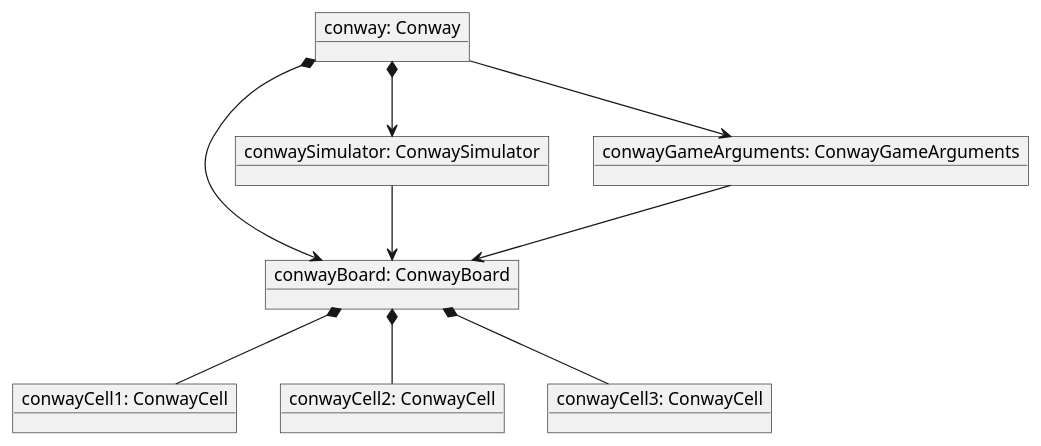
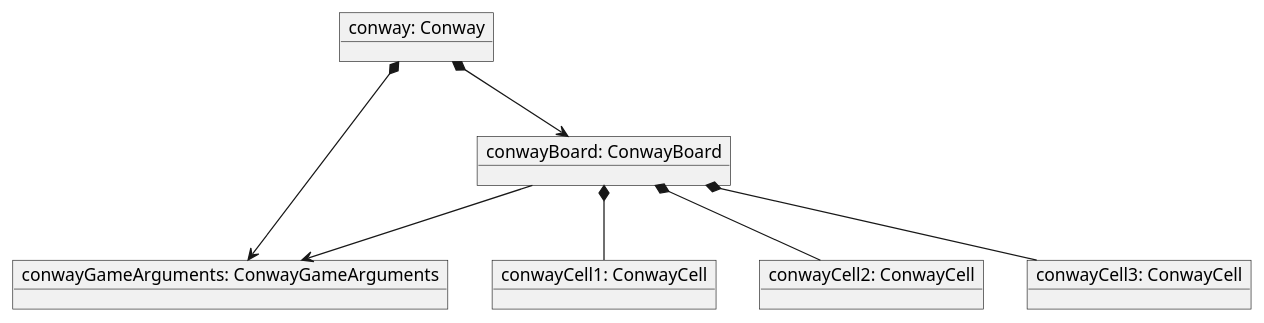
The diagram in _models/object_diagram.puml (Sileye54/Conway-Game-of-Life), drawn with PlantUML before and after one commit. The commit also changed 6 other files, not shown here.

Commit message:
Réusine le modele sans les classes Simulator et ConwaySimulator

```diff
--- a/_models/object_diagram.puml
+++ b/_models/object_diagram.puml
@@ -1,18 +1,15 @@
 @startuml
 object "conway: Conway" as conway
 object "conwayBoard: ConwayBoard" as board
-object "conwaySimulator: ConwaySimulator" as simulator
 object "conwayGameArguments: ConwayGameArguments" as args
 object "conwayCell1: ConwayCell" as c1
 object "conwayCell2: ConwayCell" as c2
 object "conwayCell3: ConwayCell" as c3
 
 conway *--> board
-conway *--> simulator
-conway --> args
-simulator --> board
-args --> board
+conway *--> args
+board --> args
 board *-- c1
 board *-- c2
 board *-- c3
 @enduml
```
